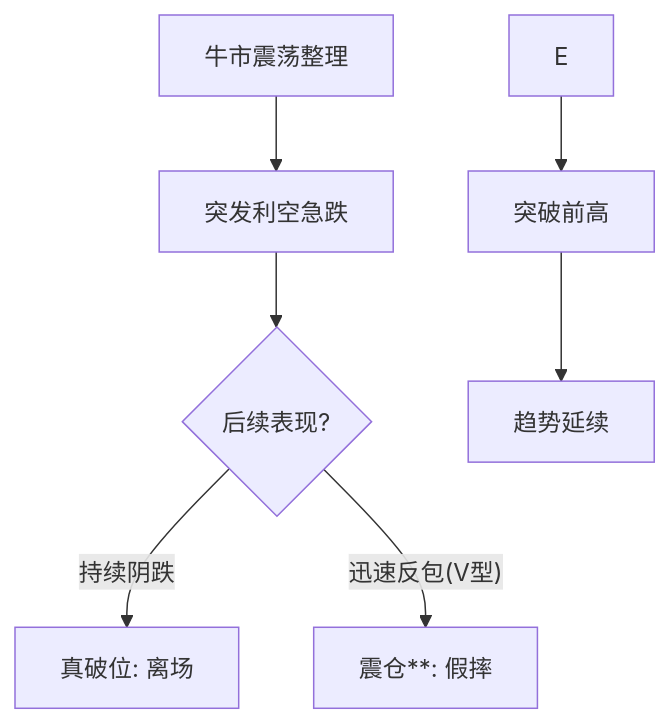
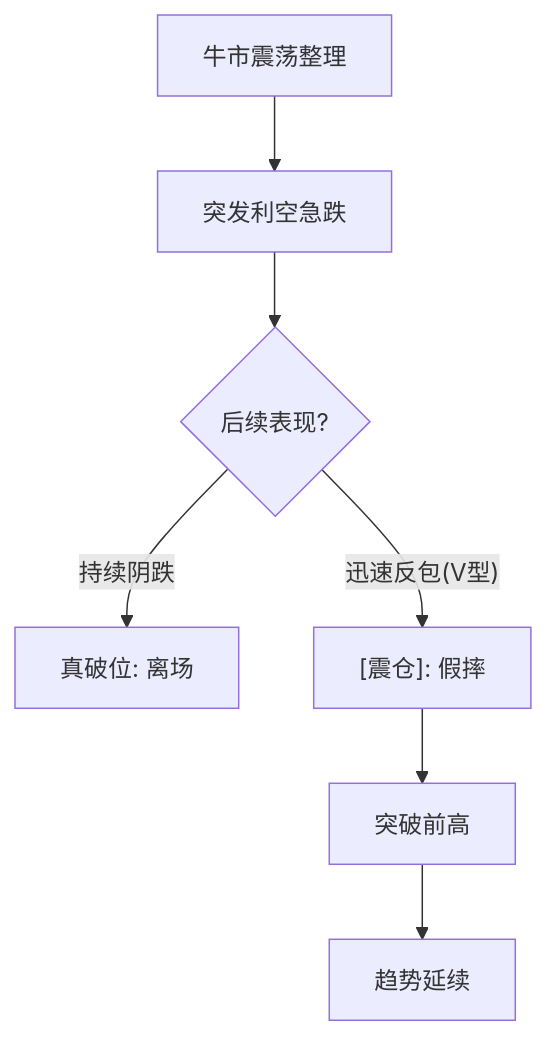
The second of 2 diagrams in docs/第五章_综合分析与实战演练/第五节_震荡区分析与震仓实战.md (bigzhu/Wyckoff), drawn with Mermaid before and after one commit. The commit also changed other lines of this file and 9 other files, not shown here.

````diff
--- a/docs/第五章_综合分析与实战演练/第五节_震荡区分析与震仓实战.md
+++ b/docs/第五章_综合分析与实战演练/第五节_震荡区分析与震仓实战.md
@@ -52,8 +50,8 @@
 ```mermaid
 graph TD
-    A[牛市震荡整理] --> B[突发利空急跌]
-    B --> C{后续表现?}
-    C -- 持续阴跌 --> D["真破位: 离场"]
-    C -- 迅速反包(V型) --> E**[震仓**: 假摔]
-    E --> F[突破前高] --> G[趋势延续]
+    A["牛市震荡整理"] --> B["突发利空急跌"]
+    B --> C{"后续表现?"}
+    C -->|"持续阴跌"| D["真破位: 离场"]
+    C -->|"迅速反包(V型)"| E["[震仓]: 假摔"]
+    E --> F["突破前高"] --> G["趋势延续"]
 ```
````
